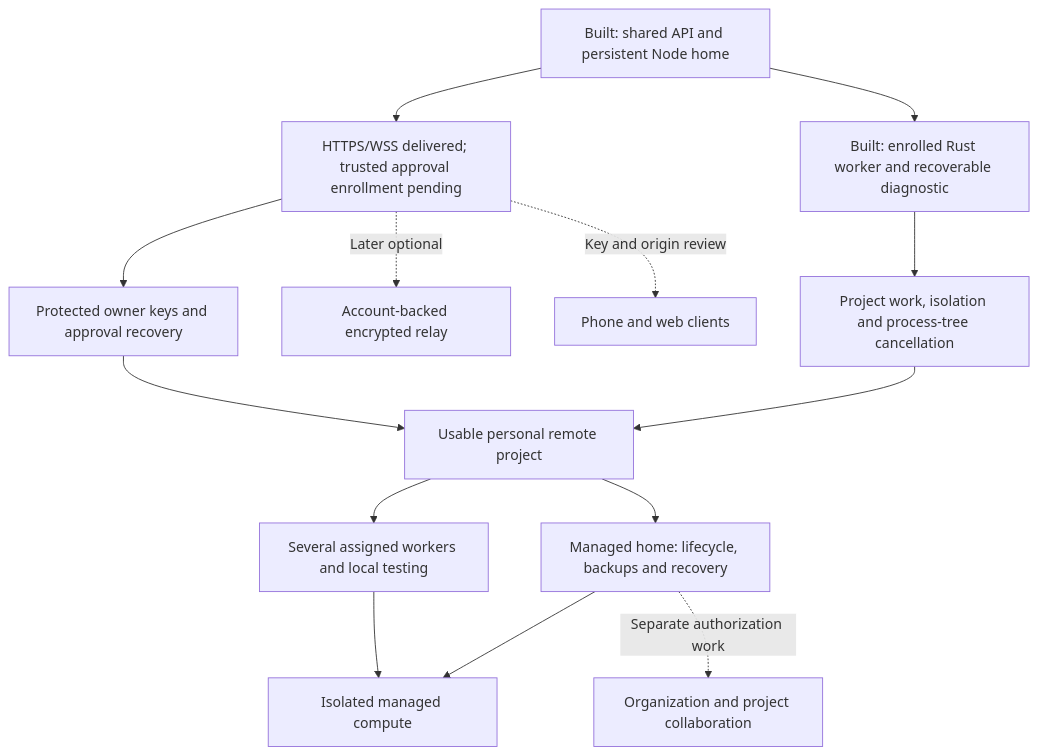
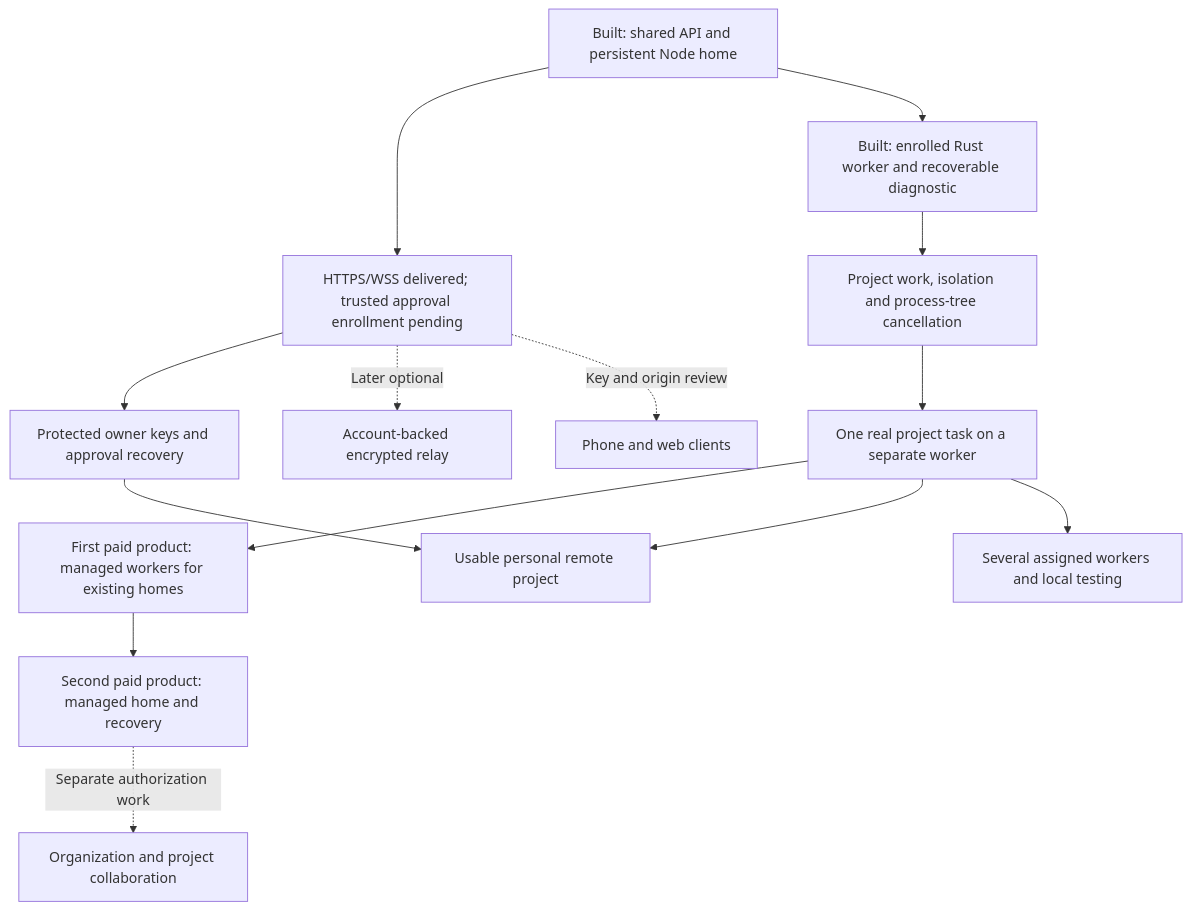
The second of 2 diagrams in docs/decisions/proposed/103-projects-live-locally-or-on-a-host-and-place-work-in-pools.md (AltharIDE/althar), drawn with Mermaid before and after one commit. The commit also changed other lines of this file, not shown here.

Commit message:
Propose managed workers before hosted homes

````diff
--- a/docs/decisions/proposed/103-projects-live-locally-or-on-a-host-and-place-work-in-pools.md
+++ b/docs/decisions/proposed/103-projects-live-locally-or-on-a-host-and-place-work-in-pools.md
@@ -483,17 +523,17 @@
 ```mermaid
 flowchart TD
     Existing[Built: shared API and persistent Node home]
     Existing --> Direct[HTTPS/WSS delivered; trusted approval enrollment pending]
     Existing --> Worker[Built: enrolled Rust worker and recoverable diagnostic]
     Direct --> Approval[Protected owner keys and approval recovery]
     Worker --> Commands[Project work, isolation and process-tree cancellation]
+    Commands --> Proof[One real project task on a separate worker]
+    Proof --> Cloud[First paid product: managed workers for existing homes]
+    Cloud --> Hosted[Second paid product: managed home and recovery]
     Approval --> Personal[Usable personal remote project]
-    Commands --> Personal
-    Personal --> Pools[Several assigned workers and local testing]
-    Personal --> Hosted[Managed home: lifecycle, backups and recovery]
-    Pools --> Cloud[Isolated managed compute]
-    Hosted --> Cloud
+    Proof --> Personal
+    Proof --> Pools[Several assigned workers and local testing]
     Direct -. Later optional .-> Relay[Account-backed encrypted relay]
     Direct -. Key and origin review .-> Clients[Phone and web clients]
     Hosted -. Separate authorization work .-> Multiplayer[Organization and project collaboration]
 ```
````
